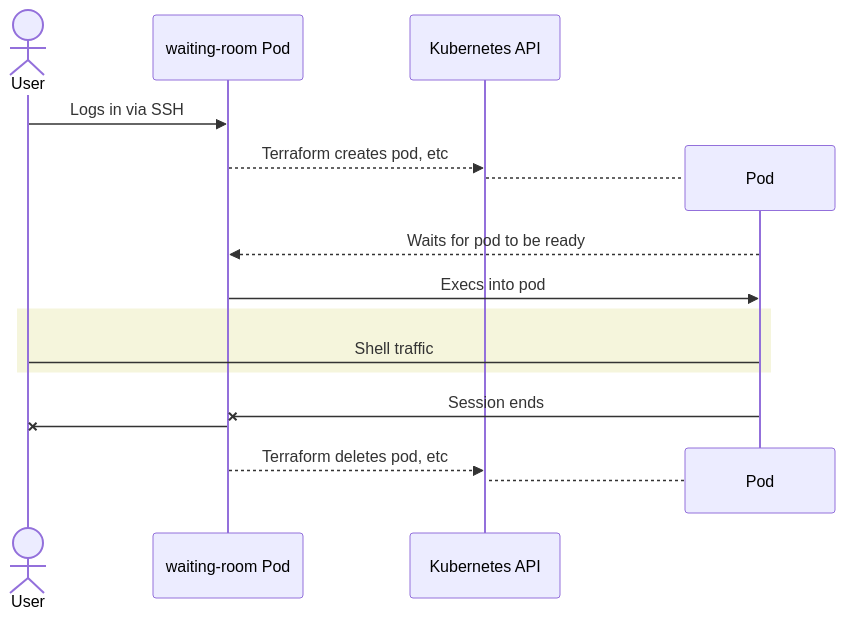
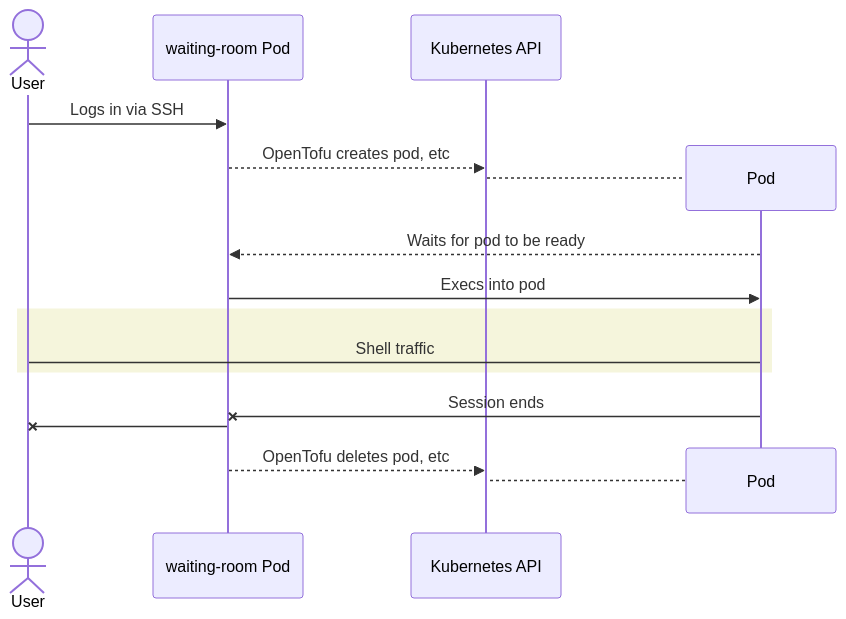
Before and after one commit to detjensrobert/waiting-room: the diagram in README.md, drawn with Mermaid. The commit also changed other lines of this file and 5 other files, not shown here.

Commit message:
switch to OpenTofu

````diff
--- a/README.md
+++ b/README.md
@@ -33,30 +33,30 @@
 ```mermaid
 sequenceDiagram
     actor User
 
     %%box lightblue Cluster
     participant room as waiting-room Pod
     participant Kubernetes as Kubernetes API
     %%end
 
     User ->> room: Logs in via SSH
 
-    room -->> Kubernetes: Terraform creates pod, etc
+    room -->> Kubernetes: OpenTofu creates pod, etc
 
     create participant Pod
     Kubernetes --> Pod: #20
     Pod -->> room: Waits for pod to be ready
 
     room ->> Pod: Execs into pod
 
     rect beige
         User -> Pod: Shell traffic
     end
 
     Pod -x room: Session ends
 
     room -x User: #20
-    room -->> Kubernetes: Terraform deletes pod, etc
+    room -->> Kubernetes: OpenTofu deletes pod, etc
     destroy Pod
     Pod --> Kubernetes: #20
 ```
````
